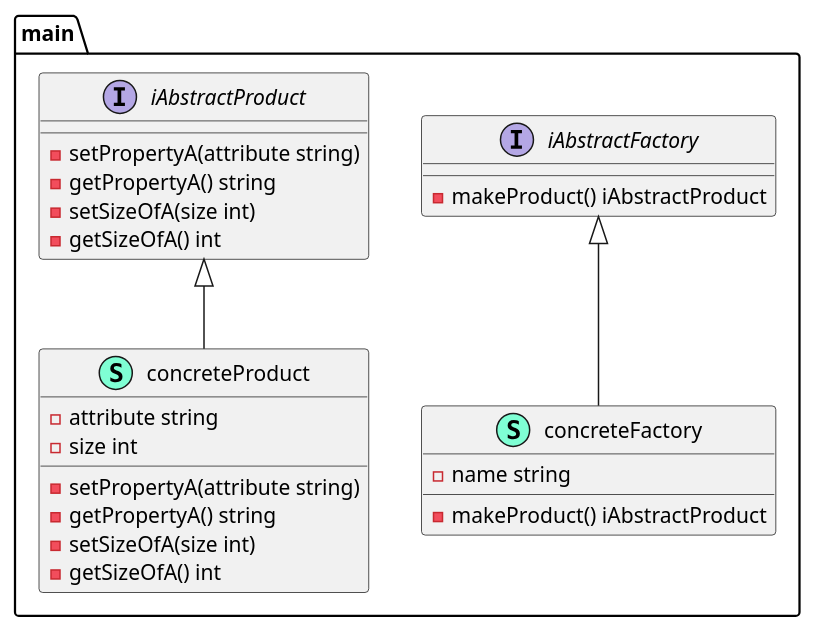
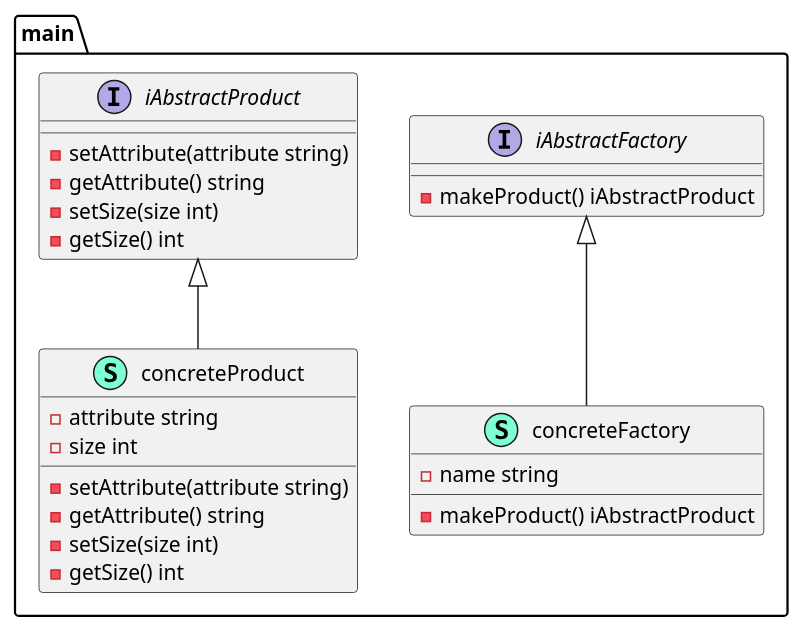
The diagram in abstract-factory.puml (cloudemprise/go-dsgn-pttrn-abstract-factory), drawn with PlantUML before and after one commit. The commit also changed 1 other file, not shown here.

```diff
--- a/abstract-factory.puml
+++ b/abstract-factory.puml
@@ -1,35 +1,35 @@
 @startuml
 namespace main {
     class concreteFactory << (S,Aquamarine) >> {
         - name string
 
         - makeProduct() iAbstractProduct
 
     }
     class concreteProduct << (S,Aquamarine) >> {
         - attribute string
         - size int
 
-        - setPropertyA(attribute string) 
-        - getPropertyA() string
-        - setSizeOfA(size int) 
-        - getSizeOfA() int
+        - setAttribute(attribute string) 
+        - getAttribute() string
+        - setSize(size int) 
+        - getSize() int
 
     }
     interface iAbstractFactory  {
         - makeProduct() iAbstractProduct
 
     }
     interface iAbstractProduct  {
-        - setPropertyA(attribute string) 
-        - getPropertyA() string
-        - setSizeOfA(size int) 
-        - getSizeOfA() int
+        - setAttribute(attribute string) 
+        - getAttribute() string
+        - setSize(size int) 
+        - getSize() int
 
     }
 }
 
 "main.iAbstractFactory" <|-- "main.concreteFactory"
 "main.iAbstractProduct" <|-- "main.concreteProduct"
 
 @enduml
```
